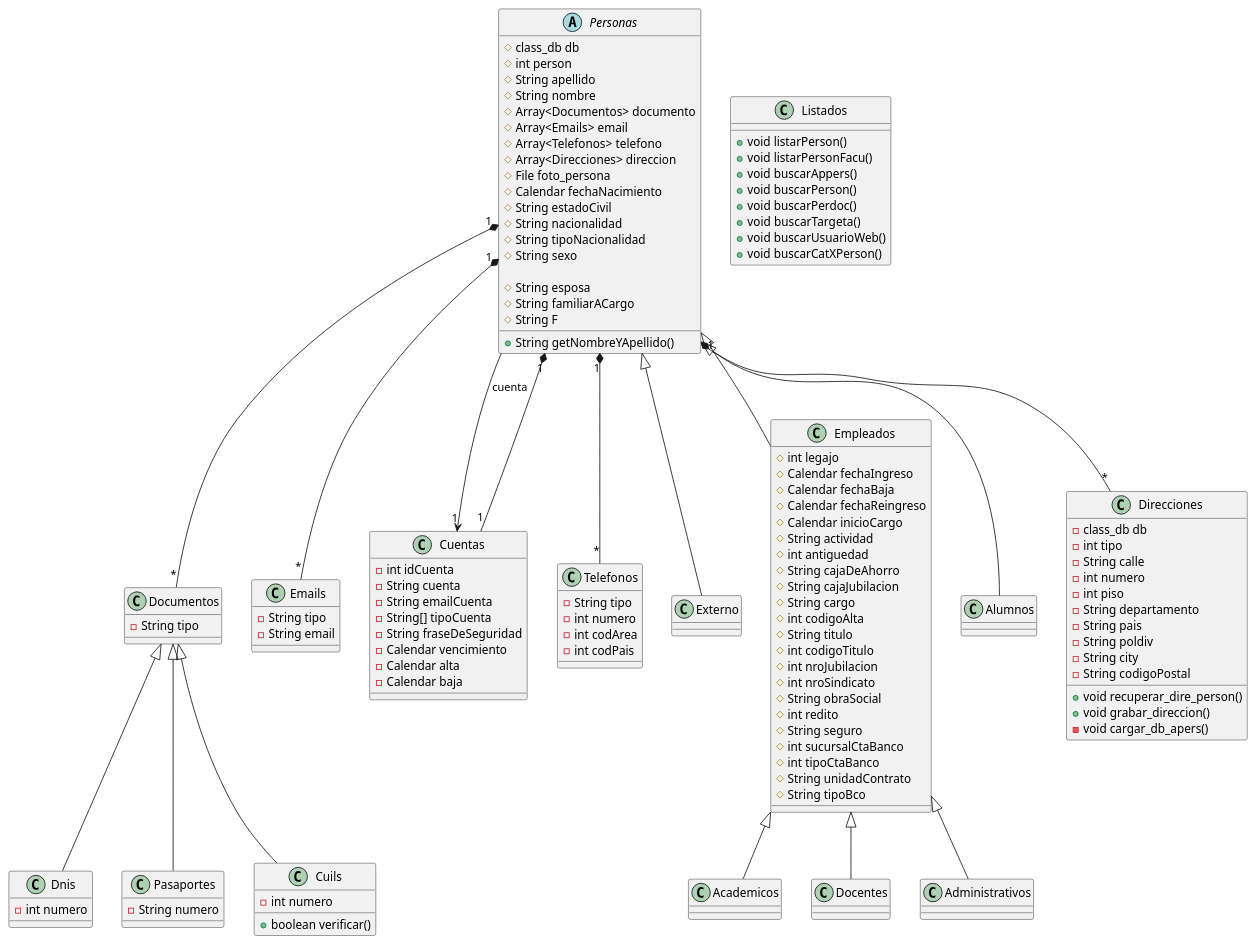
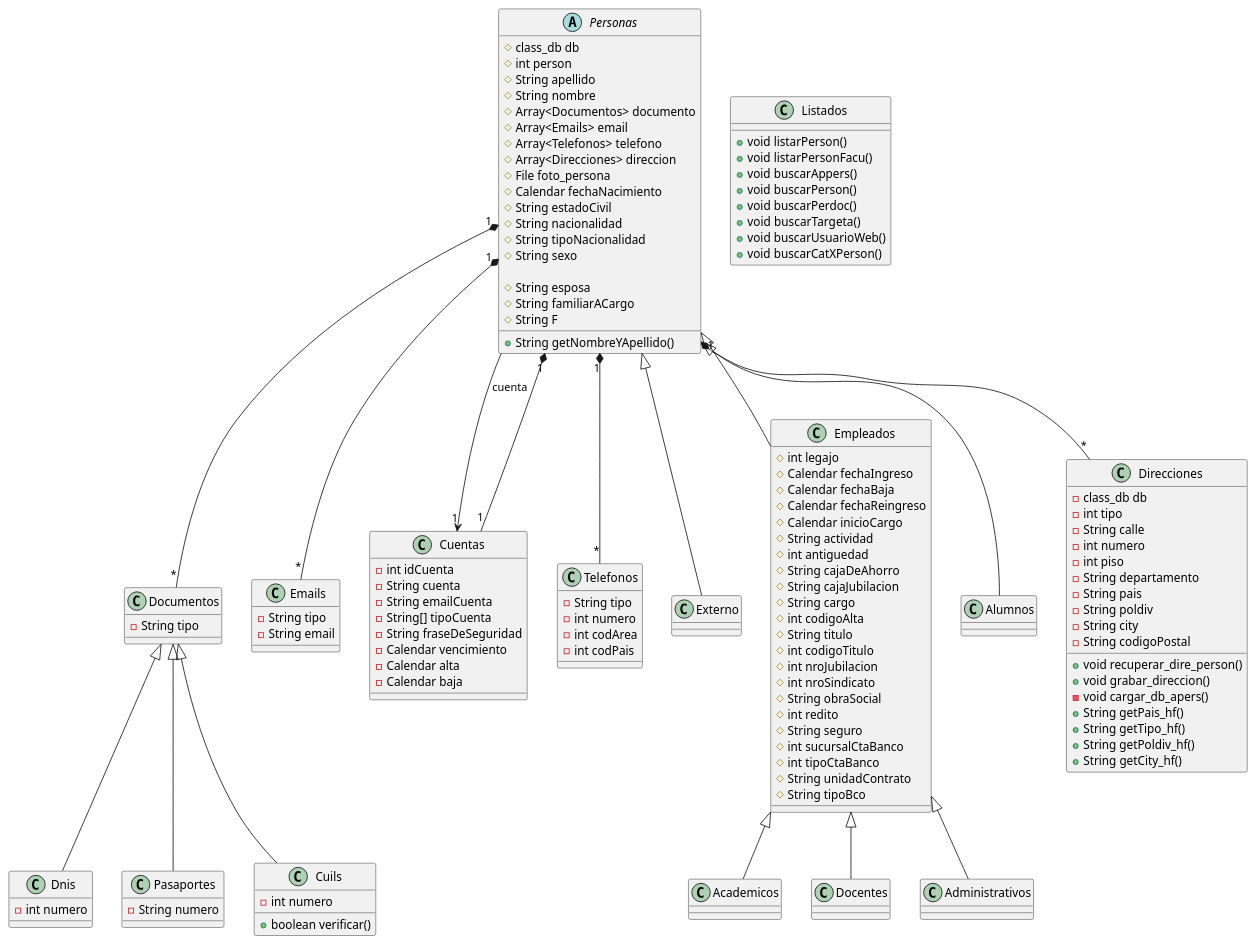
One commit to iberlot/clasesPersonas changed the diagram in Class Diagrams/diagramasClases.puml. Above: the diagram before and after it, drawn with PlantUML. The commit also changed 1 other file, not shown here.

```diff
--- a/Class Diagrams/diagramasClases.puml
+++ b/Class Diagrams/diagramasClases.puml
@@ -1,145 +1,149 @@
 @startuml
 
 
 abstract class Personas {
 	#class_db db
 	#int person
 	#String apellido
 	#String nombre
 	#Array<Documentos> documento
 	#Array<Emails> email
 	#Array<Telefonos> telefono
 	#Array<Direcciones> direccion
 	#File foto_persona
 	#Calendar fechaNacimiento
 	#String estadoCivil
 	#String nacionalidad
 	#String tipoNacionalidad
 	#String sexo
 	
 	#String esposa
 	#String familiarACargo
 	#String F
 	
 	
 	+String getNombreYApellido()
 }
 
 
 class Dnis [[java:personas.Dnis]] {
 	-int numero
 }
 abstract class Documentos [[java:personas.Documentos]] {
 	-String tipo
 }
 class Emails [[java:personas.Emails]] {
 	-String tipo
 	-String email
 }
 class Cuentas [[java:personas.Cuentas]] {
 	-int idCuenta
 	-String cuenta
 	-String emailCuenta
 	-String[] tipoCuenta
 	-String fraseDeSeguridad
 	-Calendar vencimiento
 	-Calendar alta
 	-Calendar baja
 }
 class Academicos [[java:personas.Academicos]] {
 }
 class Telefonos [[java:personas.Telefonos]] {
 	-String tipo
 	-int numero
 	-int codArea
 	-int codPais
 }
 class Externo [[java:personas.Externo]] {
 }
 abstract class Empleados [[java:personas.Empleados]] {
 	#int legajo
 	#Calendar fechaIngreso
 	#Calendar fechaBaja
 	#Calendar fechaReingreso
 	#Calendar inicioCargo
 	#String actividad
 	#int antiguedad
 	#String cajaDeAhorro
 	#String cajaJubilacion
 	#String cargo
 	#int codigoAlta
 	#String titulo
 	#int codigoTitulo
 	#int nroJubilacion
 	#int nroSindicato
 	#String obraSocial
 	#int redito
 	#String seguro
 	#int sucursalCtaBanco
 	#int tipoCtaBanco
 	#String unidadContrato
 	#String tipoBco
 	
 }
 class Docentes [[java:personas.Docentes]] {
 }
 class Pasaportes [[java:personas.Pasaportes]] {
 	-String numero
 }
 class Cuils [[java:personas.Cuils]] {
 	-int numero
 	+boolean verificar()
 }
 class Documentos [[java:personas.Documentos]] {
 }
 class Alumnos [[java:personas.Alumnos]] {
 }
 class Listados [[java:personas.Listados]] {
 	+void listarPerson()
 	+void listarPersonFacu()
 	+void buscarAppers()
 	+void buscarPerson()
 	+void buscarPerdoc()
 	+void buscarTargeta()
 	+void buscarUsuarioWeb()
 	+void buscarCatXPerson()
 }
 class Administrativos [[java:personas.Administrativos]] {
 }
 class Empleados [[java:personas.Empleados]] {
 }
 class Direcciones {
 	-class_db db
 	-int tipo
 	-String calle
 	-int numero
 	-int piso
 	-String departamento
 	-String pais
 	-String poldiv
 	-String city
 	-String codigoPostal
 	
 	+void recuperar_dire_person()
 	+void grabar_direccion()
 	-void cargar_db_apers()
+	+String getPais_hf()
+	+String getTipo_hf()
+	+String getPoldiv_hf()
+	+String getCity_hf()
 }
 
 Documentos <|-- Dnis
 Documentos <|-- Pasaportes
 Documentos <|-- Cuils
 Personas <|-- Alumnos
 Personas <|-- Externo
 Personas <|-- Empleados
 Empleados <|-- Administrativos
 Empleados <|-- Academicos
 Empleados <|-- Docentes
 Personas --> "1" Cuentas : cuenta
 
 Personas "1" *-- "*" Documentos
 Personas "1" *-- "*" Direcciones
 Personas "1" *-- "*" Telefonos
 Personas "1" *-- "*" Emails
 Personas "1" *-- "1" Cuentas
 
 @enduml
```
